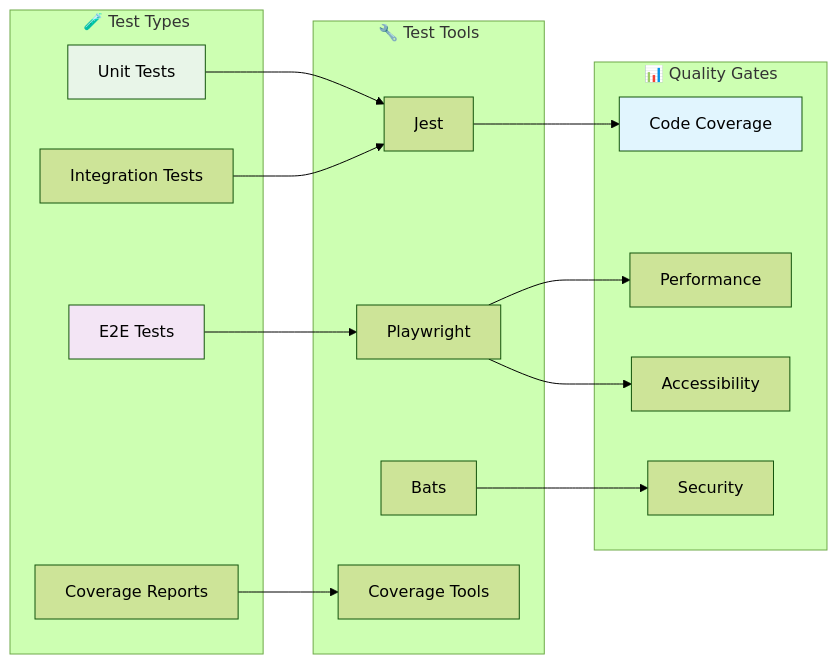
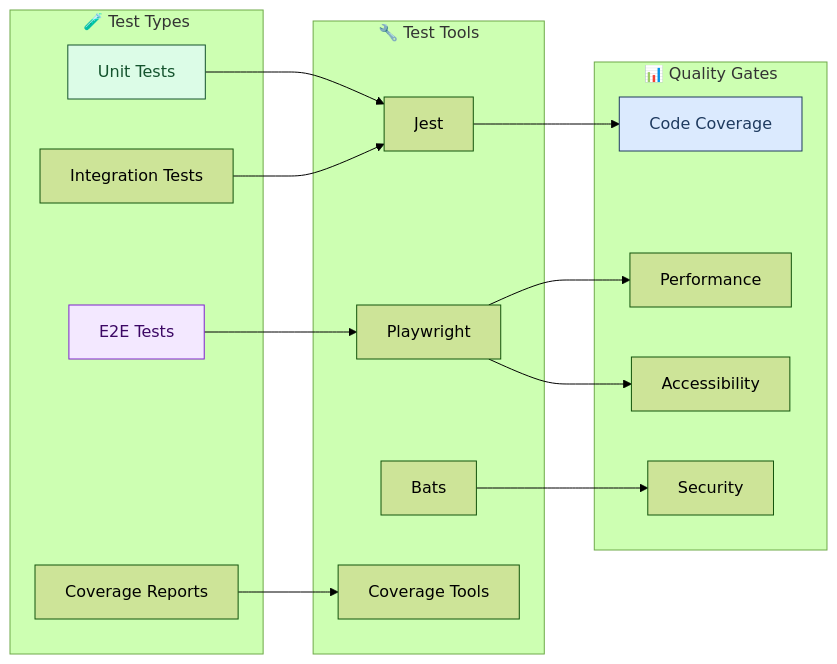
The seventh of 7 diagrams in README.md (lightspeedwp/.github), drawn with Mermaid (forest theme) before and after one commit. The commit also changed other lines of this file and 16 other files, not shown here.

First line of the commit message:
docs(mermaid): repository-wide diagram colour sweep and content refresh (#982)

````diff
--- a/README.md
+++ b/README.md
@@ -467,39 +479,41 @@
 ```mermaid
+---
+accTitle: Testing architecture and quality gates
+accDescr: Testing architecture showing test types, tools, and quality gates with relationships between unit tests, integration tests, end-to-end tests, and coverage reporting through Jest, Playwright, Bats, and coverage tools.
+---
 flowchart LR
-accTitle: "Testing architecture and quality gates"
-accDescr: "Testing architecture showing test types, tools, and quality gates with relationships between unit tests, integration tests, end-to-end tests, and coverage reporting through Jest, Playwright, Bats, and coverage tools."
     subgraph "🧪 Test Types"
         A[Unit Tests]
         B[Integration Tests]
         C[E2E Tests]
         D[Coverage Reports]
     end
 
     subgraph "🔧 Test Tools"
         E[Jest]
         F[Playwright]
         G[Bats]
         H[Coverage Tools]
     end
 
     subgraph "📊 Quality Gates"
         I[Code Coverage]
         J[Performance]
         K[Accessibility]
         L[Security]
     end
 
     A --> E
     B --> E
     C --> F
     D --> H
 
     E --> I
     F --> J
     F --> K
     G --> L
 
-    style A fill:#e8f5e8
-    style C fill:#f3e5f5
-    style I fill:#e1f5fe
+    style A fill:#dcfce7,color:#14532d,stroke:#14532d
+    style C fill:#f3e8ff,color:#3b0764,stroke:#7e22ce
+    style I fill:#dbeafe,color:#1e3a5f,stroke:#1e3a5f
 ```
````
